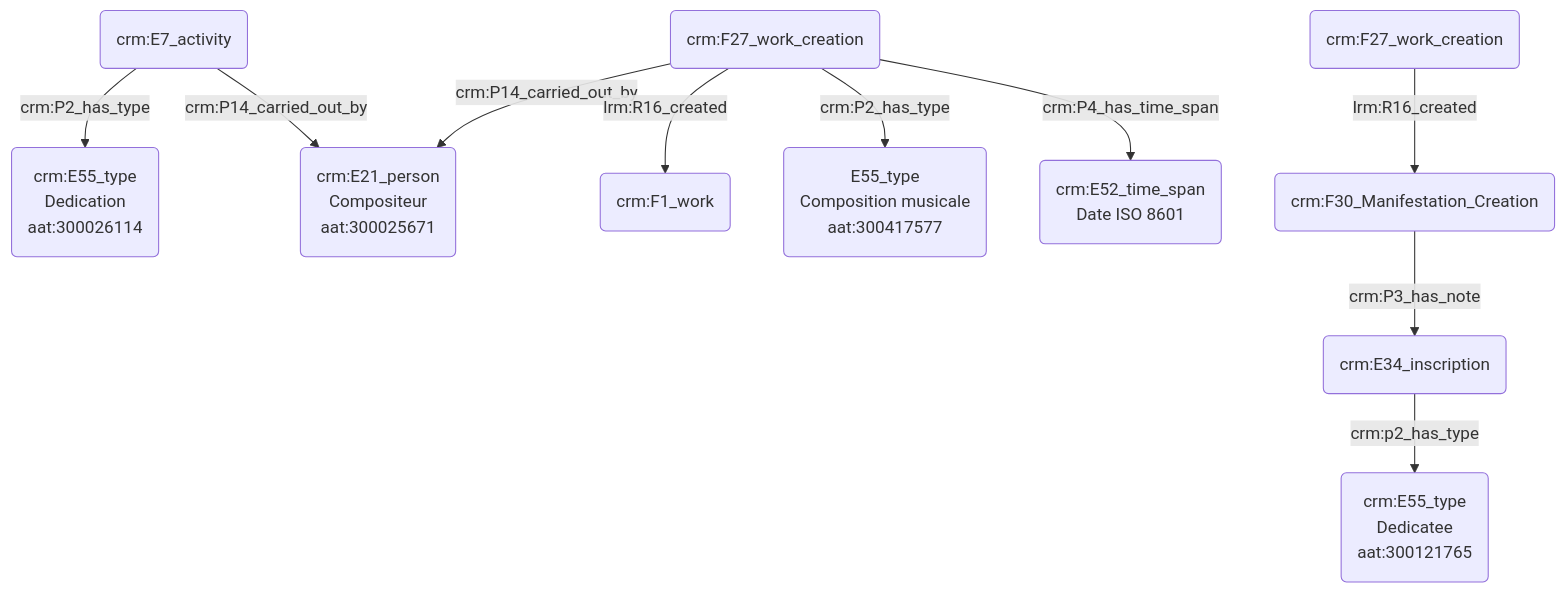
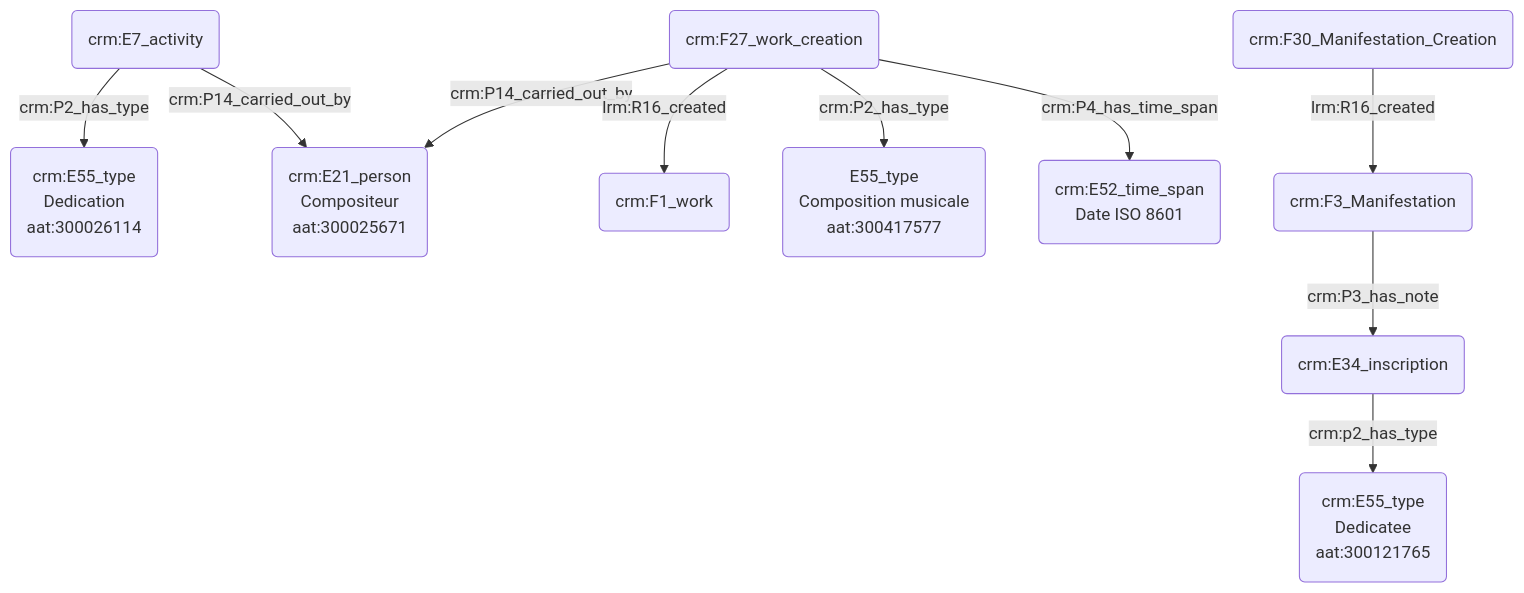
The diagram in modules/livrables/Dossier 2/Indexation conceptuelle/dédicataire d'une œuvre.md (Amleth/consortium-musica2-gt2-ontologies), drawn with Mermaid before and after one commit.

Commit message:
Update dédicataire d'une œuvre.md

````diff
--- a/modules/livrables/Dossier 2/Indexation conceptuelle/dédicataire d'une œuvre.md
+++ b/modules/livrables/Dossier 2/Indexation conceptuelle/dédicataire d'une œuvre.md
@@ -17,18 +17,18 @@
 ```mermaid
 graph TD;
 
 
 
 C(crm:E7_activity) --> |crm:P2_has_type| O(crm:E55_type<br>Dedication<br>aat:300026114)
 C(crm:E7_activity) --> |crm:P14_carried_out_by| L(crm:E21_person<br>Compositeur<br>aat:300025671<br>URI)
 
 A(crm:F27_work_creation) --> |crm:P14_carried_out_by| L(crm:E21_person<br>Compositeur<br>aat:300025671)
 A(crm:F27_work_creation) --> |lrm:R16_created| B(crm:F1_work)
 A(crm:F27_work_creation) --> |crm:P2_has_type| N(E55_type<br>Composition musicale<br>aat:300417577)
 A(crm:F27_work_creation) --> |crm:P4_has_time_span| J(crm:E52_time_span<br>Date ISO 8601)
 
-G(crm:F27_work_creation) --> |lrm:R16_created| E(crm:F30_Manifestation_Creation) 
-E(crm:F30_Manifestation_Creation) --> |crm:P3_has_note| H(crm:E34_inscription)
+G(crm:F30_Manifestation_Creation) --> |lrm:R16_created| E(crm:F3_Manifestation) 
+E(crm:F3_Manifestation) --> |crm:P3_has_note| H(crm:E34_inscription)
 H(crm:E34_inscription) --> |crm:p2_has_type| F(crm:E55_type<br>Dedicatee<br>aat:300121765)
 
 ```
````
